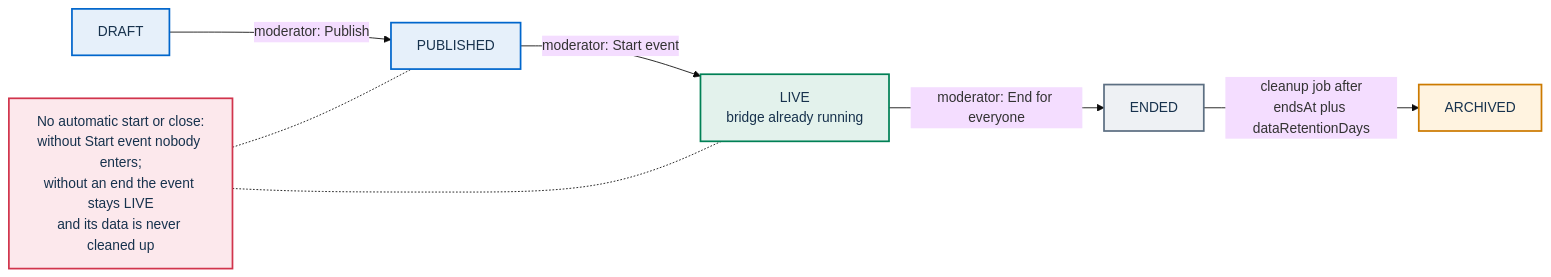
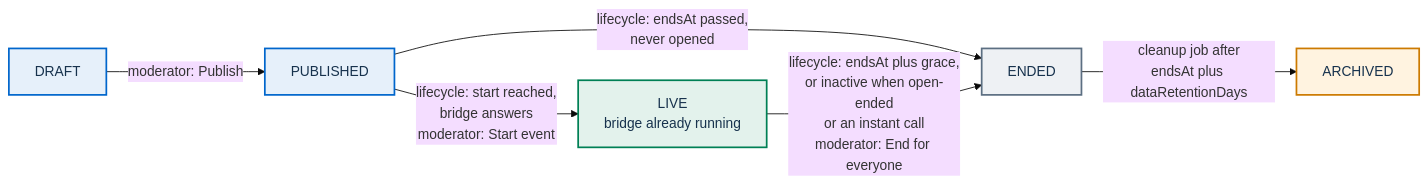
One commit to italia/pa-webinar changed the third of 4 diagrams in docs/architecture/event-lifecycle.md. Above: the diagram before and after it, drawn with Mermaid (base theme). The commit also changed other lines of this file and 45 other files, not shown here.

````diff
--- a/docs/architecture/event-lifecycle.md
+++ b/docs/architecture/event-lifecycle.md
@@ -182,22 +241,19 @@
 ```mermaid
 flowchart LR
   classDef human fill:#E6F0FA,stroke:#0066CC,stroke-width:2px,color:#17324D
   classDef live fill:#E3F2EC,stroke:#008055,stroke-width:2px,color:#17324D
   classDef terminal fill:#EEF1F4,stroke:#5C6F82,stroke-width:2px,color:#17324D
   classDef cron fill:#FFF3E0,stroke:#CC7A00,stroke-width:2px,color:#17324D
-  classDef risk fill:#FCE8EC,stroke:#D1344C,stroke-width:2px,color:#17324D
 
   D["DRAFT"]:::human
   P["PUBLISHED"]:::human
   L["LIVE<br/>bridge already running"]:::live
   E["ENDED"]:::terminal
   A["ARCHIVED"]:::cron
-  R["No automatic start or close:<br/>without Start event nobody enters;<br/>without an end the event stays LIVE<br/>and its data is never cleaned up"]:::risk
 
   D -->|"moderator: Publish"| P
-  P -->|"moderator: Start event"| L
-  L -->|"moderator: End for everyone"| E
+  P -->|"lifecycle: start reached,<br/>bridge answers<br/>moderator: Start event"| L
+  P -->|"lifecycle: endsAt passed,<br/>never opened"| E
+  L -->|"lifecycle: endsAt plus grace,<br/>or inactive when open-ended<br/>or an instant call<br/>moderator: End for everyone"| E
   E -->|"cleanup job after<br/>endsAt plus dataRetentionDays"| A
-  R -.- P
-  R -.- L
 ```
````
